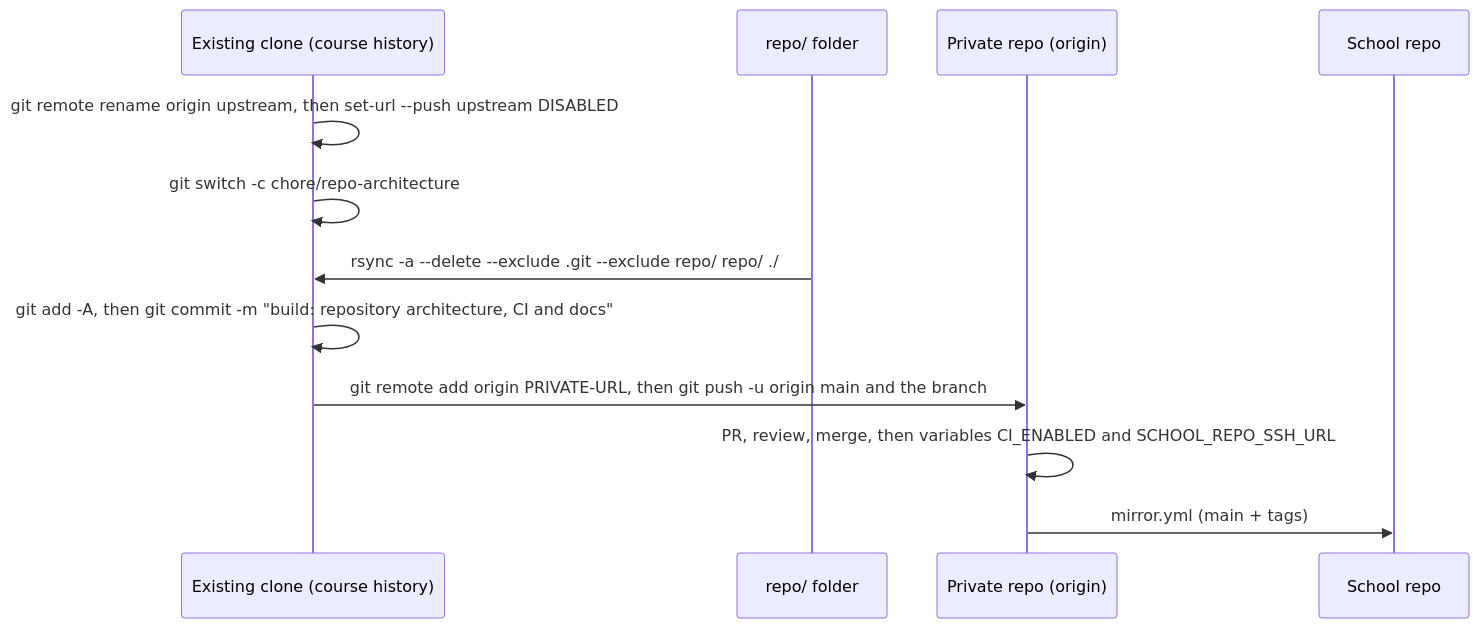
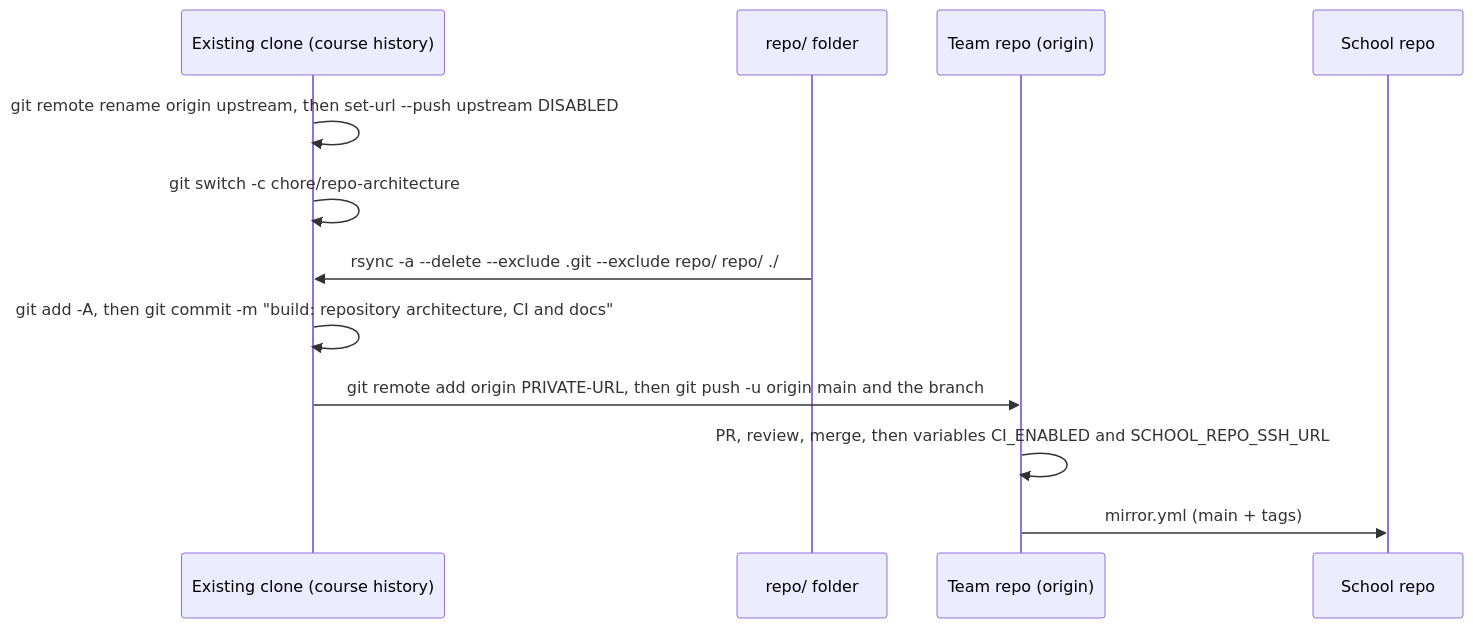
Before and after one commit to FoxaxeWasTaken/Robotics: the sixth of 7 diagrams in docs/project/15_repository_hygiene.md, drawn with Mermaid. The commit also changed other lines of this file and 9 other files, not shown here.

````diff
--- a/docs/project/15_repository_hygiene.md
+++ b/docs/project/15_repository_hygiene.md
@@ -233,14 +233,14 @@
 ```mermaid
 sequenceDiagram
   participant L as Existing clone (course history)
   participant R as repo/ folder
-  participant O as Private repo (origin)
+  participant O as Team repo (origin)
   participant S as School repo
   L->>L: git remote rename origin upstream, then set-url --push upstream DISABLED
   L->>L: git switch -c chore/repo-architecture
   R->>L: rsync -a --delete --exclude .git --exclude repo/ repo/ ./
   L->>L: git add -A, then git commit -m "build: repository architecture, CI and docs"
   L->>O: git remote add origin PRIVATE-URL, then git push -u origin main and the branch
   O->>O: PR, review, merge, then variables CI_ENABLED and SCHOOL_REPO_SSH_URL
   O->>S: mirror.yml (main + tags)
 ```
````
